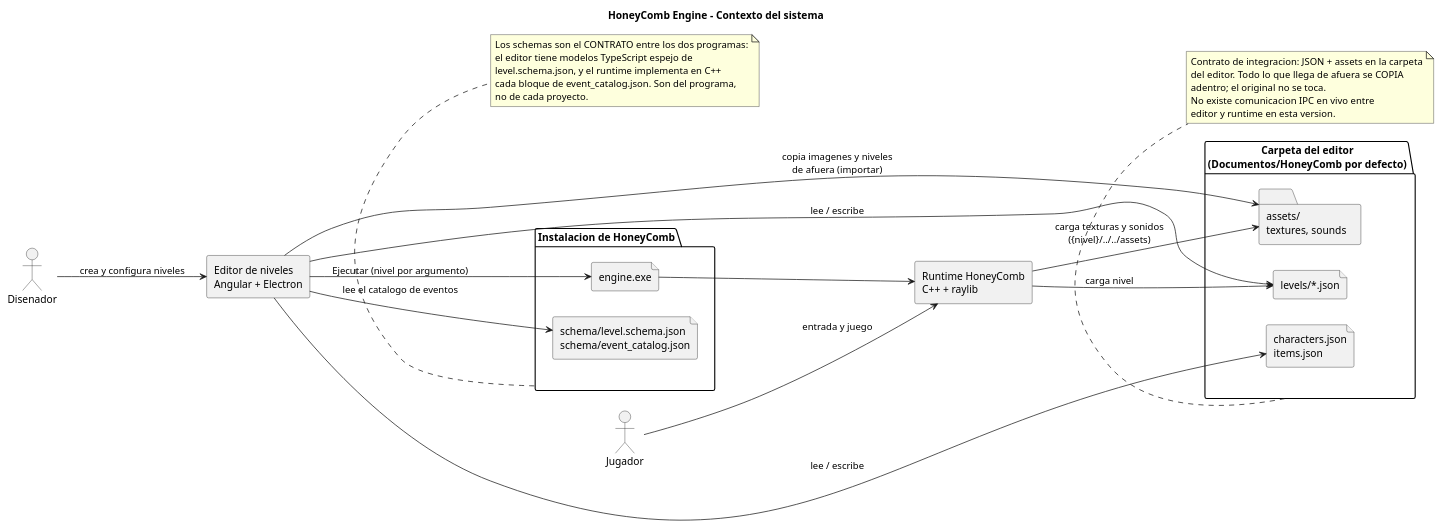
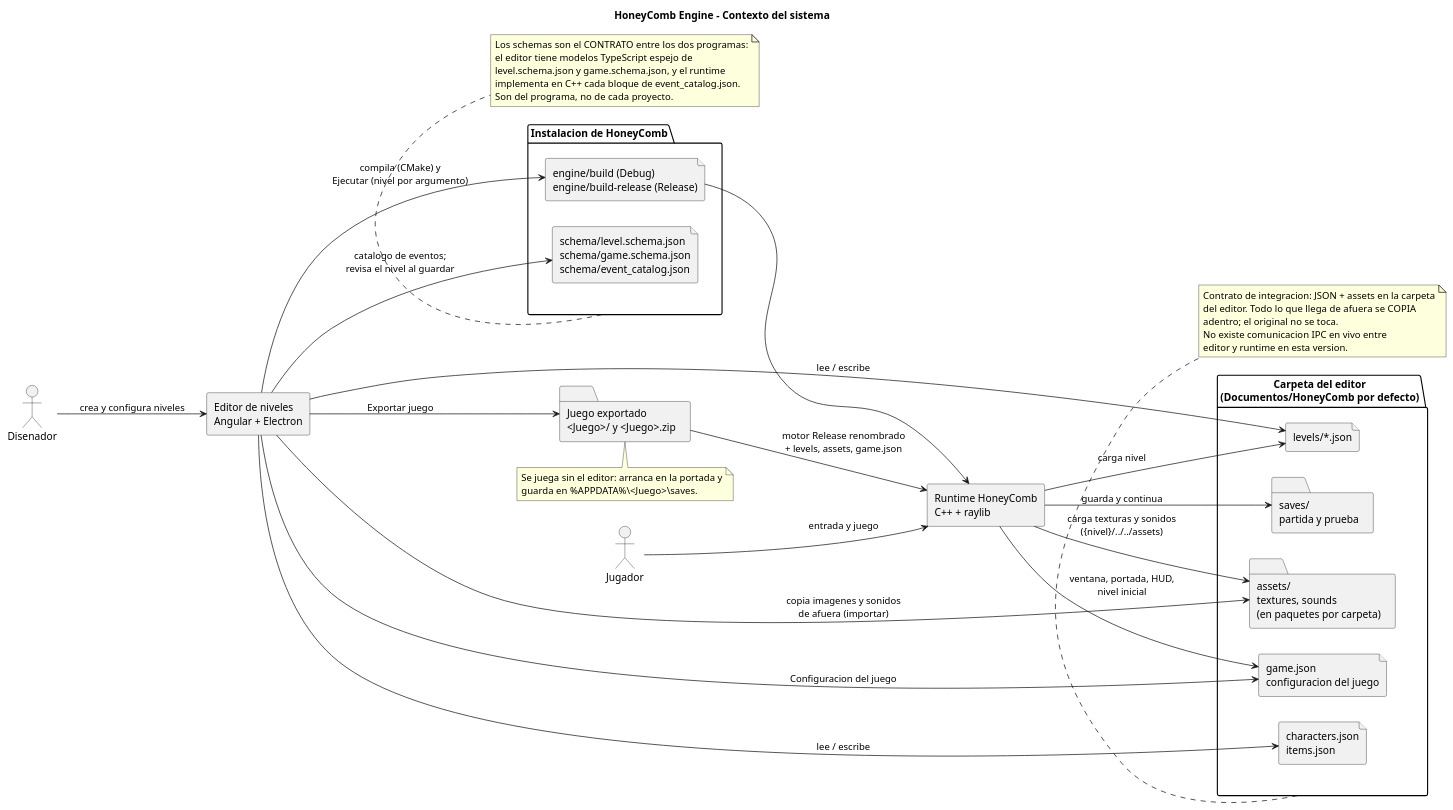
Before and after one commit to dannn-36/HoneyCombEngine-PlataformaNoCode-2.5D: the diagram in docs/architecture/system-context.puml, drawn with PlantUML. The commit also changed 11 other files, not shown here.

First line of the commit message:
HoneyComb - Actualizar diagramas de arquitectura

```diff
--- a/docs/architecture/system-context.puml
+++ b/docs/architecture/system-context.puml
@@ -1,46 +1,59 @@
 @startuml system-context
 title HoneyComb Engine - Contexto del sistema
 left to right direction
 skinparam componentStyle rectangle
 
 actor "Disenador" as designer
 rectangle "Editor de niveles\nAngular + Electron" as editor
 folder "Carpeta del editor\n(Documentos/HoneyComb por defecto)" as project {
   file "levels/*.json" as levels
-  folder "assets/\ntextures, sounds" as assets
+  folder "assets/\ntextures, sounds\n(en paquetes por carpeta)" as assets
   file "characters.json\nitems.json" as libraries
+  file "game.json\nconfiguracion del juego" as gameJson
+  folder "saves/\npartida y prueba" as saves
 }
 folder "Instalacion de HoneyComb" as install {
-  file "schema/level.schema.json\nschema/event_catalog.json" as schema
-  file "engine.exe" as exe
+  file "schema/level.schema.json\nschema/game.schema.json\nschema/event_catalog.json" as schema
+  file "engine/build (Debug)\nengine/build-release (Release)" as exe
 }
+folder "Juego exportado\n<Juego>/ y <Juego>.zip" as exported
 rectangle "Runtime HoneyComb\nC++ + raylib" as runtime
 actor "Jugador" as player
 
 designer --> editor : crea y configura niveles
 editor --> levels : lee / escribe
-editor --> assets : copia imagenes y niveles\nde afuera (importar)
+editor --> assets : copia imagenes y sonidos\nde afuera (importar)
 editor --> libraries : lee / escribe
-editor --> schema : lee el catalogo de eventos
-editor --> exe : Ejecutar (nivel por argumento)
+editor --> gameJson : Configuracion del juego
+editor --> schema : catalogo de eventos;\nrevisa el nivel al guardar
+editor --> exe : compila (CMake) y\nEjecutar (nivel por argumento)
+editor --> exported : Exportar juego
 exe --> runtime
 runtime --> levels : carga nivel
 runtime --> assets : carga texturas y sonidos\n({nivel}/../../assets)
+runtime --> gameJson : ventana, portada, HUD,\nnivel inicial
+runtime --> saves : guarda y continua
+exported --> runtime : motor Release renombrado\n+ levels, assets, game.json
 player --> runtime : entrada y juego
 
 note bottom of project
 Contrato de integracion: JSON + assets en la carpeta
 del editor. Todo lo que llega de afuera se COPIA
 adentro; el original no se toca.
 No existe comunicacion IPC en vivo entre
 editor y runtime en esta version.
 end note
 
 note bottom of install
 Los schemas son el CONTRATO entre los dos programas:
 el editor tiene modelos TypeScript espejo de
-level.schema.json, y el runtime implementa en C++
-cada bloque de event_catalog.json. Son del programa,
-no de cada proyecto.
+level.schema.json y game.schema.json, y el runtime
+implementa en C++ cada bloque de event_catalog.json.
+Son del programa, no de cada proyecto.
+end note
+
+note bottom of exported
+Se juega sin el editor: arranca en la portada y
+guarda en %APPDATA%\<Juego>\saves.
 end note
 @enduml
```
